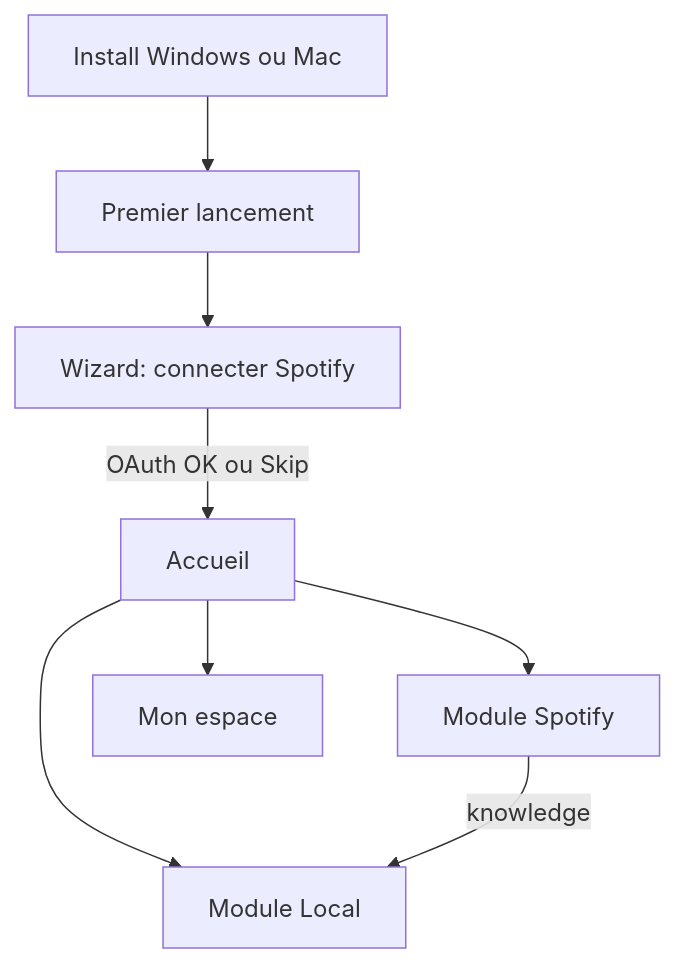
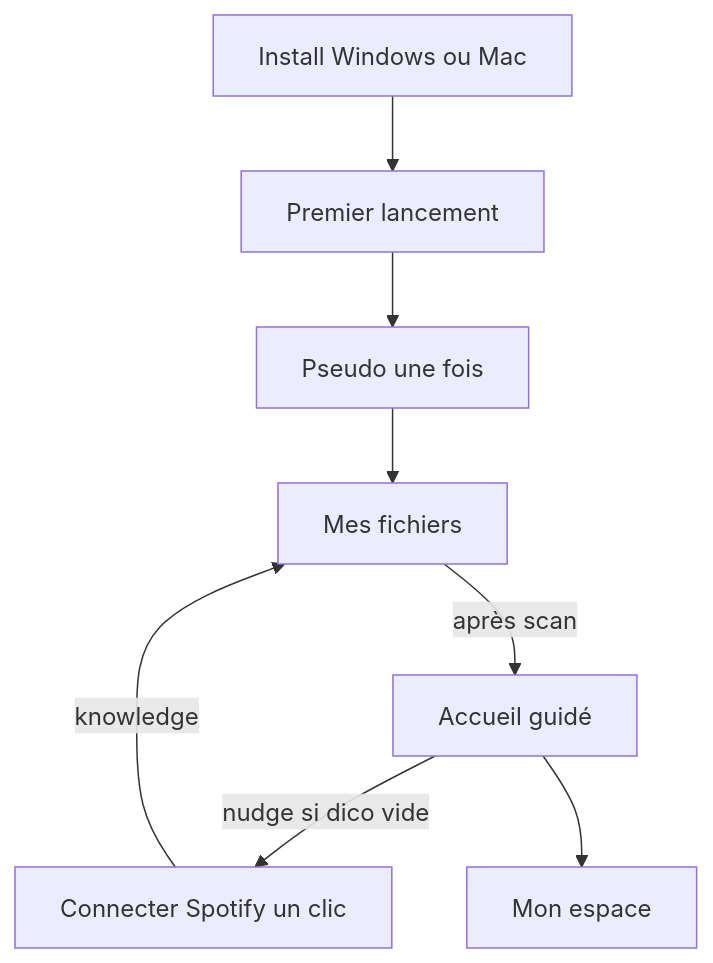
The diagram in docs/UX-SIMPLIFICATION-PLAN.md (EliotGIRAUD/BassOrder), drawn with Mermaid before and after one commit. The commit also changed other lines of this file and 83 other files, not shown here.

First line of the commit message:
Simplify first-run UX: local-first, dedicated search, Spotify one-click.

````diff
--- a/docs/UX-SIMPLIFICATION-PLAN.md
+++ b/docs/UX-SIMPLIFICATION-PLAN.md
@@ -27,18 +28,18 @@
 ```mermaid
 flowchart TD
   Install[Install Windows ou Mac]
   First[Premier lancement]
-  Wizard[Wizard: connecter Spotify]
-  Home[Accueil]
-  Spotify[Module Spotify]
-  Local[Module Local]
+  Gate[Pseudo une fois]
+  Local[Mes fichiers]
+  Home[Accueil guidé]
+  Spotify[Connecter Spotify un clic]
   Space[Mon espace]
 
   Install --> First
-  First --> Wizard
-  Wizard -->|OAuth OK ou Skip| Home
-  Home --> Spotify
-  Home --> Local
+  First --> Gate
+  Gate --> Local
+  Local -->|après scan| Home
+  Home -->|nudge si dico vide| Spotify
+  Spotify -->|knowledge| Local
   Home --> Space
-  Spotify -->|knowledge| Local
 ```
````
